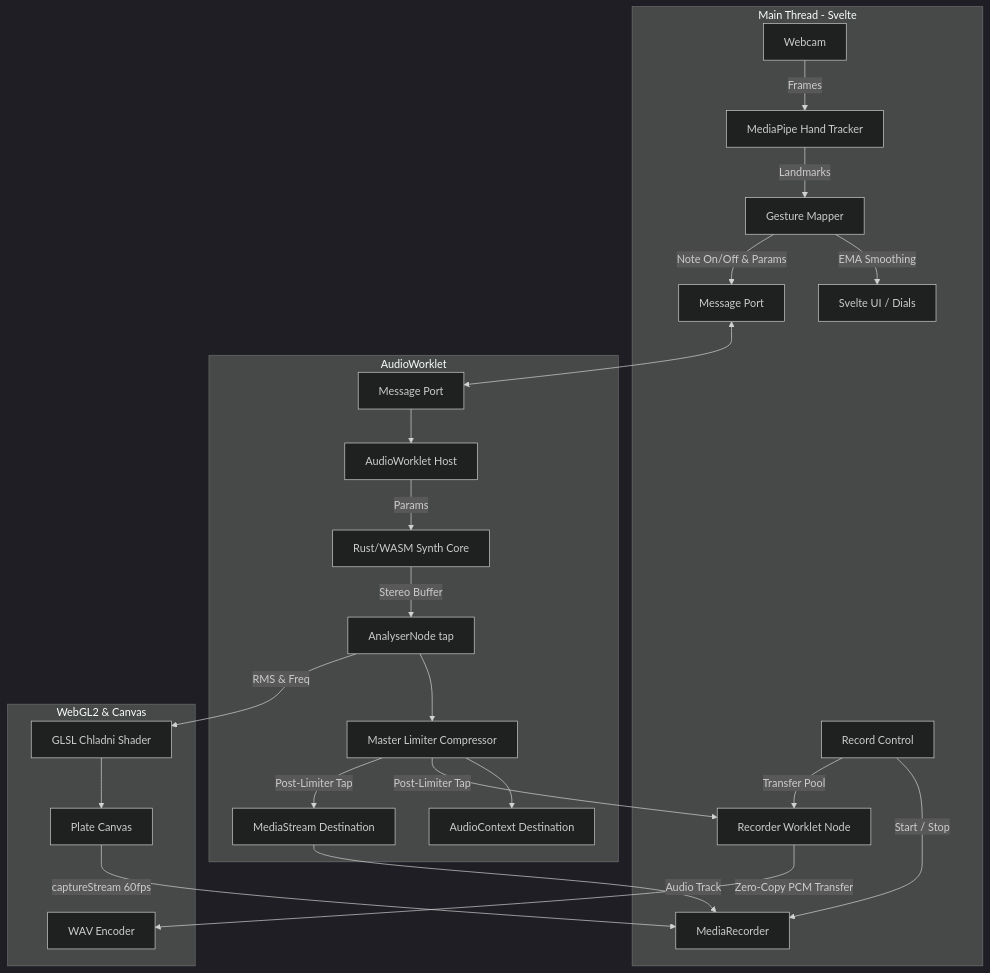
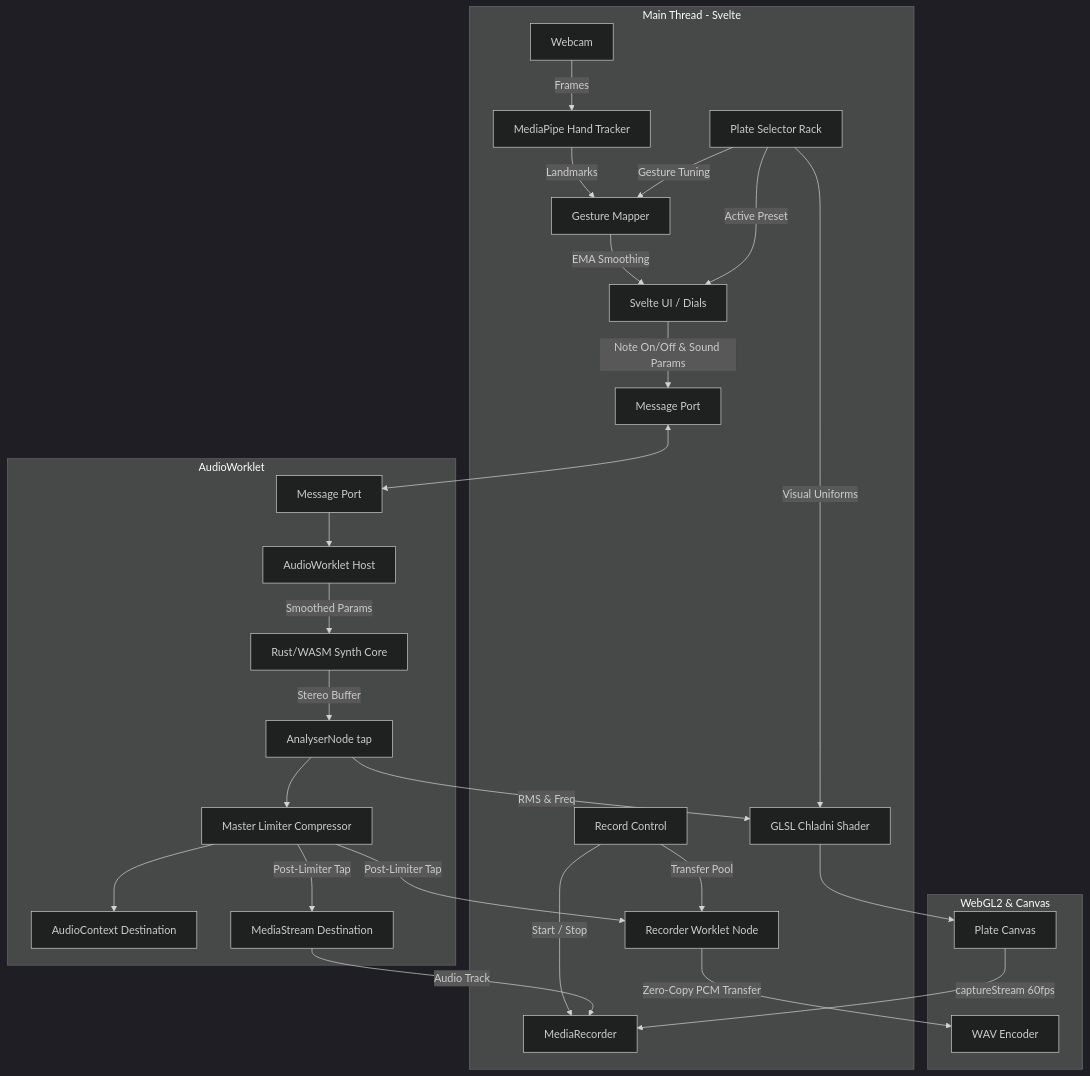
Before and after one commit to Rajiv6165/chladni: the diagram in README.md, drawn with Mermaid (dark theme). The commit also changed other lines of this file and 21 other files, not shown here.

Commit message:
feat: phase 7 - preset plates (6 factory plates, user plates, import/export, URL sharing, expanded synth parameters)

````diff
--- a/README.md
+++ b/README.md
@@ -28,31 +29,34 @@
 ```mermaid
 graph TD
     subgraph UI Thread [Main Thread - Svelte]
         Cam[Webcam] --> |Frames| MP[MediaPipe Hand Tracker]
         MP --> |Landmarks| GM[Gesture Mapper]
         GM --> |EMA Smoothing| UI[Svelte UI / Dials]
-        GM --> |Note On/Off & Params| MsgPort1[Message Port]
+        PlateRack[Plate Selector Rack] --> |Active Preset| UI
+        PlateRack --> |Visual Uniforms| Shader[GLSL Chladni Shader]
+        PlateRack --> |Gesture Tuning| GM
+        UI --> |Note On/Off & Sound Params| MsgPort1[Message Port]
         RecCtrl[Record Control] --> |Start / Stop| MediaRec[MediaRecorder]
         RecCtrl --> |Transfer Pool| RecNode[Recorder Worklet Node]
     end
 
     subgraph Audio Thread [AudioWorklet]
         MsgPort2[Message Port] --> Host[AudioWorklet Host]
-        Host --> |Params| Rust[Rust/WASM Synth Core]
+        Host --> |Smoothed Params| Rust[Rust/WASM Synth Core]
         Rust --> |Stereo Buffer| Analyser[AnalyserNode tap]
         Analyser --> Limiter[Master Limiter Compressor]
         Limiter --> AudioOut[AudioContext Destination]
         Limiter --> |Post-Limiter Tap| RecNode
         Limiter --> |Post-Limiter Tap| MediaDest[MediaStream Destination]
     end
 
     subgraph GPU & Video Pipeline [WebGL2 & Canvas]
-        Analyser --> |RMS & Freq| Shader[GLSL Chladni Shader]
+        Analyser --> |RMS & Freq| Shader
         Shader --> Canvas[Plate Canvas]
         Canvas --> |captureStream 60fps| MediaRec
         MediaDest --> |Audio Track| MediaRec
         RecNode --> |Zero-Copy PCM Transfer| WavEnc[WAV Encoder]
     end
 
     MsgPort1 <--> MsgPort2
 ```
````
